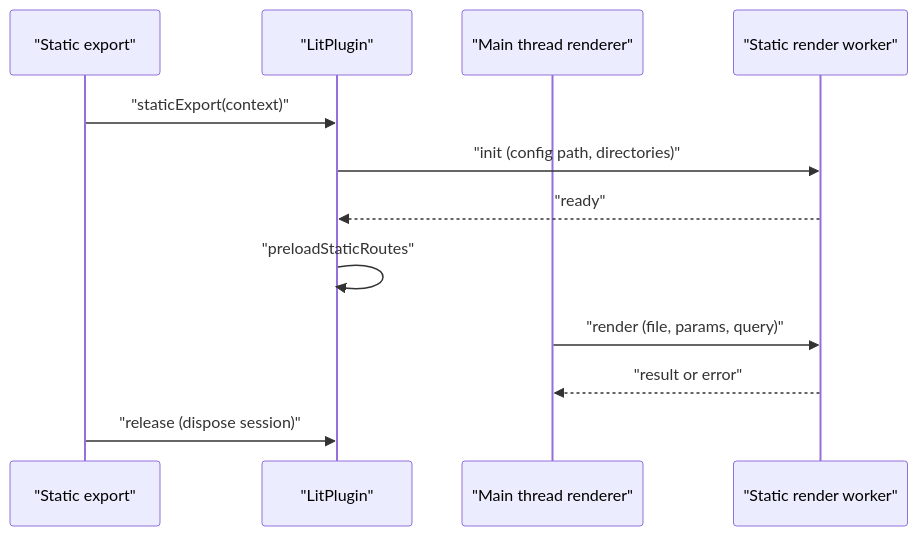
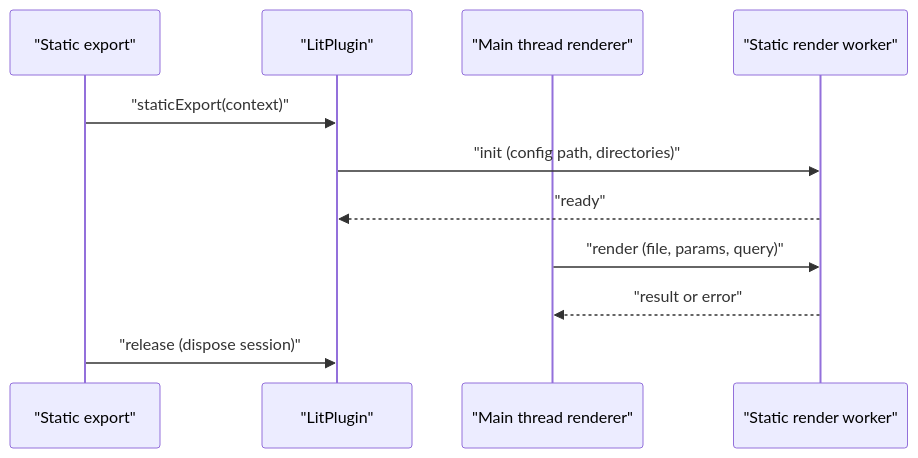
One commit to ecopages/ecopages changed the diagram in apps/docs/src/content/dev/lit.mdx. Above: the diagram before and after it, drawn with Mermaid. The commit also changed other lines of this file and 14 other files, not shown here.

````diff
--- a/apps/docs/src/content/dev/lit.mdx
+++ b/apps/docs/src/content/dev/lit.mdx
@@ -64,14 +64,13 @@
 ```mermaid
 sequenceDiagram
     participant Core as "Static export"
     participant Plugin as "LitPlugin"
     participant Main as "Main thread renderer"
     participant Worker as "Static render worker"
     Core->>Plugin: "staticExport(context)"
     Plugin->>Worker: "init (config path, directories)"
     Worker-->>Plugin: "ready"
-    Plugin->>Plugin: "preloadStaticRoutes"
     Main->>Worker: "render (file, params, query)"
     Worker-->>Main: "result or error"
     Core->>Plugin: "release (dispose session)"
 ```
````
